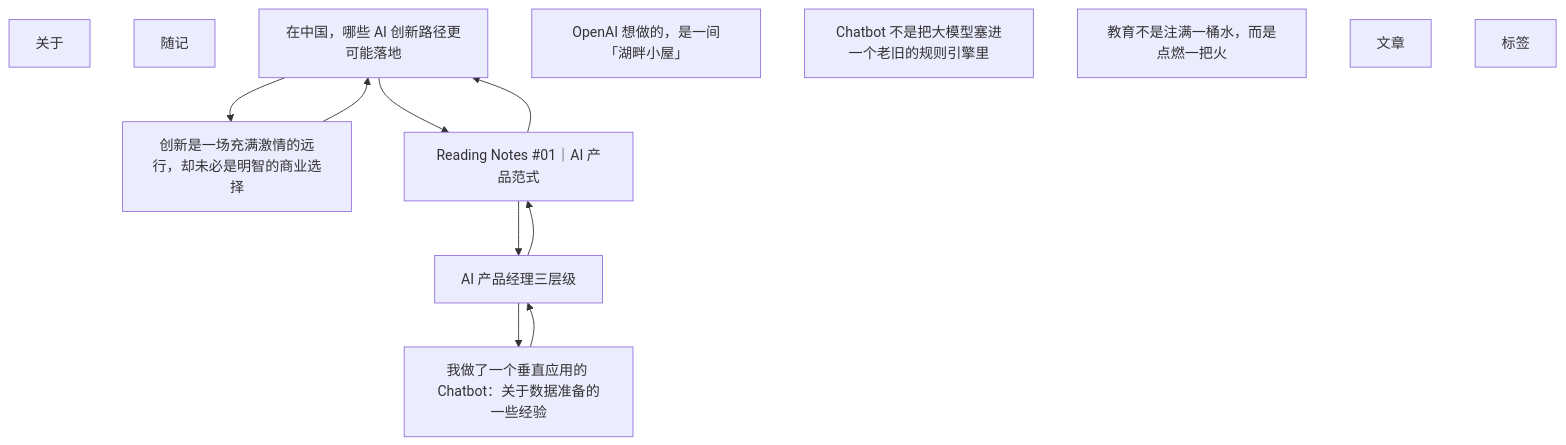
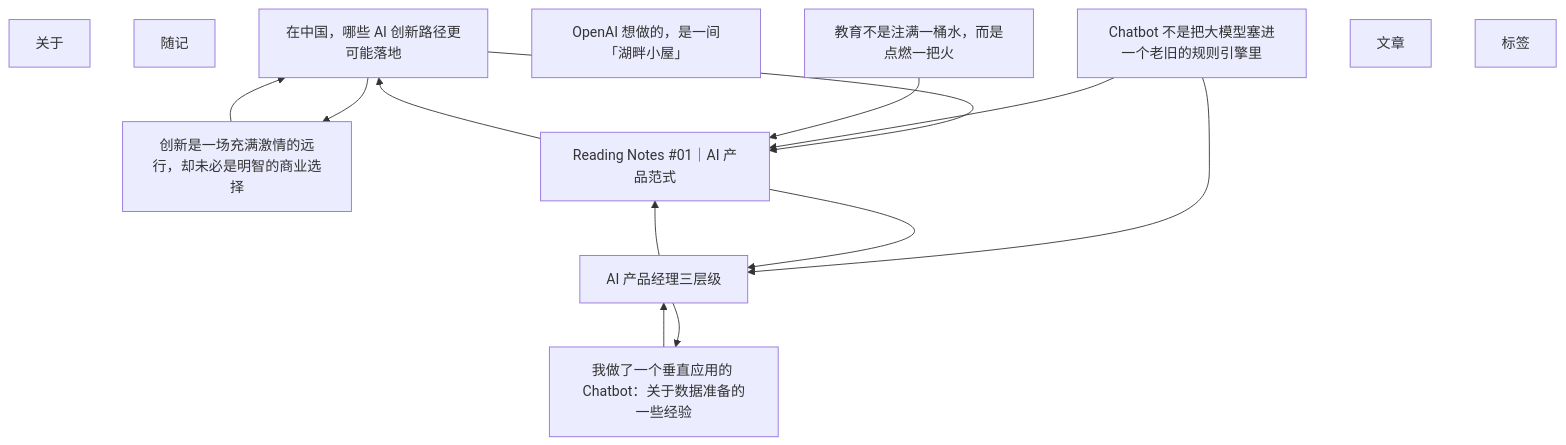
Before and after one commit to Zhao-Huazhou/Zhao-Huazhou.github.io: the diagram in tools/site-graph/out/graph.mmd, drawn with Mermaid.

```diff
--- a/tools/site-graph/out/graph.mmd
+++ b/tools/site-graph/out/graph.mmd
@@ -1,22 +1,25 @@
 graph TD
   N78e943079d["关于"]
   Na0a31ebd9a["随记"]
   Ne000fcda21["在中国，哪些 AI 创新路径更可能落地"]
   N868785f5d6["AI 产品经理三层级"]
   Nf315e5e460[" OpenAI 想做的，是一间「湖畔小屋」"]
   N509e8a98c6["Chatbot 不是把大模型塞进一个老旧的规则引擎里"]
   N4e55722e29["教育不是注满一桶水，而是点燃一把火"]
   N81228a8674["文章"]
   Nce81f5d37d["我做了一个垂直应用的 Chatbot：关于数据准备的一些经验"]
   N6f056b8004["创新是一场充满激情的远行，却未必是明智的商业选择"]
   N10154a9e49["Reading Notes #01｜AI 产品范式"]
   N0ecf656713["标签"]
 
   Ne000fcda21 --> N6f056b8004
   Ne000fcda21 --> N10154a9e49
   N868785f5d6 --> Nce81f5d37d
   N868785f5d6 --> N10154a9e49
+  N509e8a98c6 --> N868785f5d6
+  N509e8a98c6 --> N10154a9e49
+  N4e55722e29 --> N10154a9e49
   Nce81f5d37d --> N868785f5d6
   N6f056b8004 --> Ne000fcda21
   N10154a9e49 --> Ne000fcda21
   N10154a9e49 --> N868785f5d6
```
